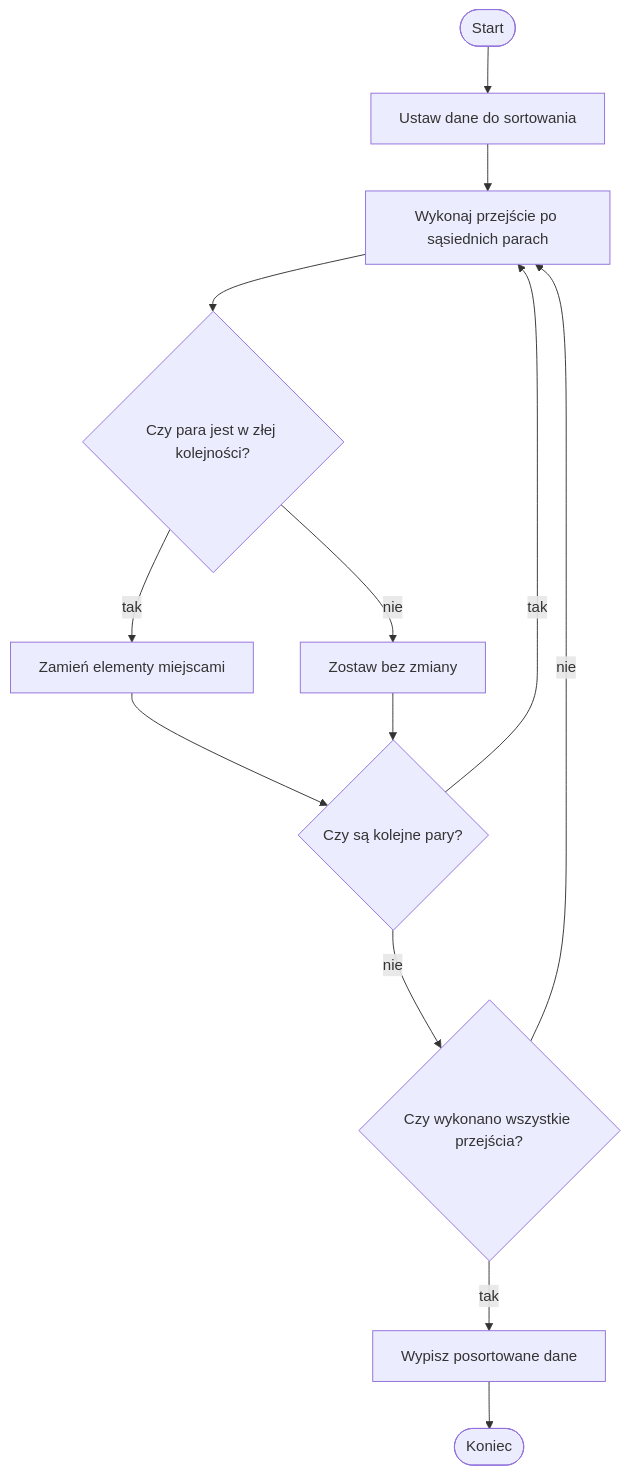
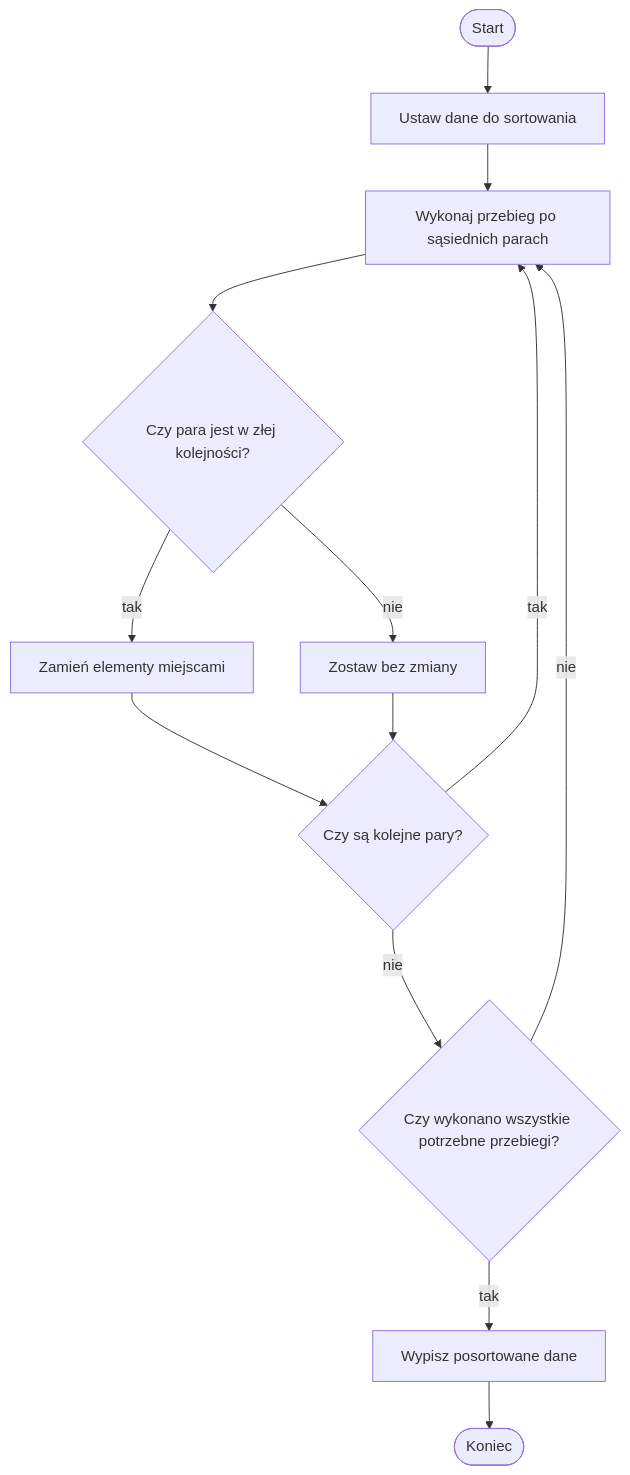
One commit to mariuszsmolka-stack/python-basics-2026 changed the diagram in docs/06-algorytmy/klasa-2/01-sortowanie-babelkowe.md. Above: the diagram before and after it, drawn with Mermaid. The commit also changed other lines of this file, not shown here.

````diff
--- a/docs/06-algorytmy/klasa-2/01-sortowanie-babelkowe.md
+++ b/docs/06-algorytmy/klasa-2/01-sortowanie-babelkowe.md
@@ -79,15 +329,15 @@
 ```mermaid
 flowchart TD
     A([Start]) --> B[Ustaw dane do sortowania]
-    B --> C[Wykonaj przejście po sąsiednich parach]
+    B --> C[Wykonaj przebieg po sąsiednich parach]
     C --> D{Czy para jest w złej kolejności?}
     D -- tak --> E[Zamień elementy miejscami]
     D -- nie --> F[Zostaw bez zmiany]
     E --> G{Czy są kolejne pary?}
     F --> G
     G -- tak --> C
-    G -- nie --> H{Czy wykonano wszystkie przejścia?}
+    G -- nie --> H{Czy wykonano wszystkie potrzebne przebiegi?}
     H -- nie --> C
     H -- tak --> I[Wypisz posortowane dane]
     I --> J([Koniec])
 ```
````
